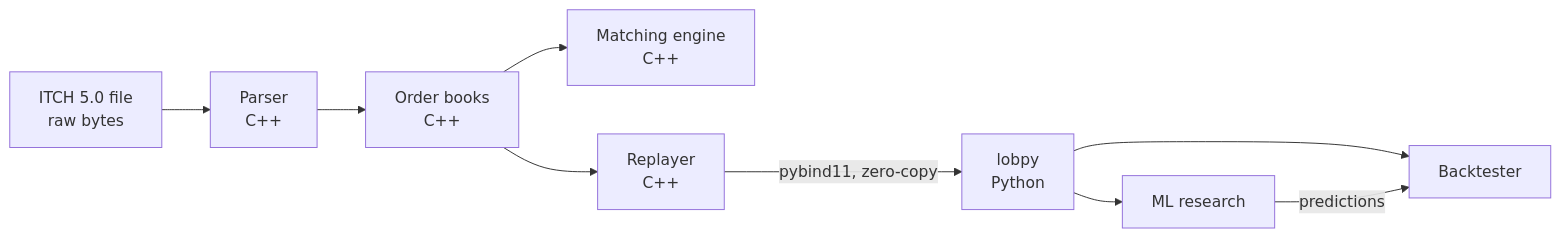
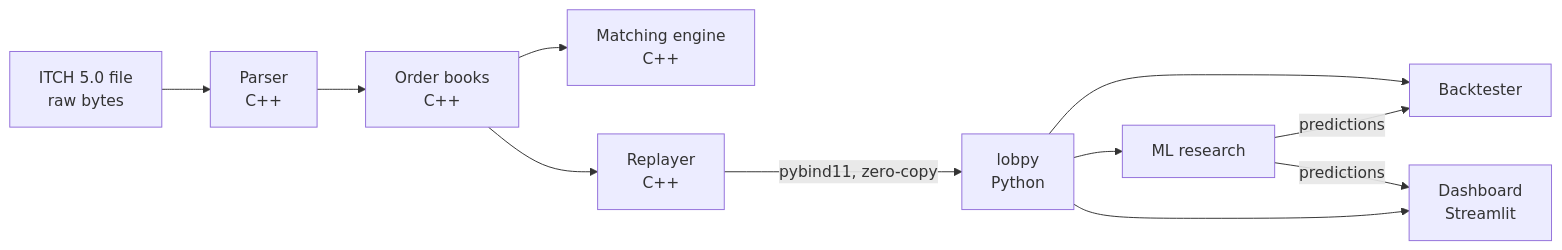
Before and after one commit to MaxS140M/lob-research-platform: the diagram in docs/architecture.md, drawn with Mermaid. The commit also changed other lines of this file and 6 other files, not shown here.

First line of the commit message:
feat(dashboard): Streamlit order book explorer

````diff
--- a/docs/architecture.md
+++ b/docs/architecture.md
@@ -7,11 +7,13 @@
 ```mermaid
 flowchart LR
     F[ITCH 5.0 file<br/>raw bytes] --> P[Parser<br/>C++]
     P --> B[Order books<br/>C++]
     B --> M[Matching engine<br/>C++]
     B --> R[Replayer<br/>C++]
     R -- pybind11, zero-copy --> PY[lobpy<br/>Python]
     PY --> BT[Backtester]
     PY --> ML[ML research]
     ML -- predictions --> BT
+    PY --> D[Dashboard<br/>Streamlit]
+    ML -- predictions --> D
 ```
````
